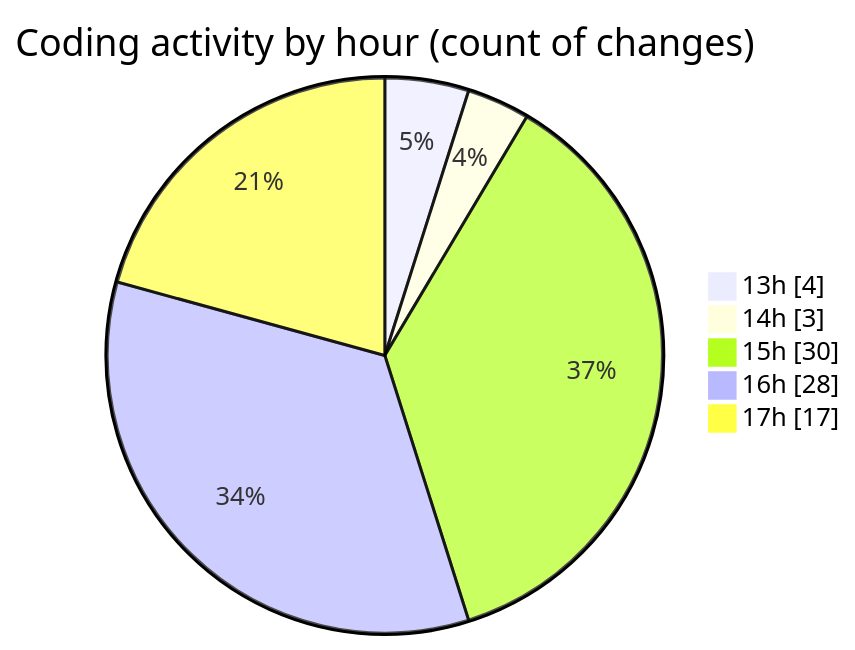
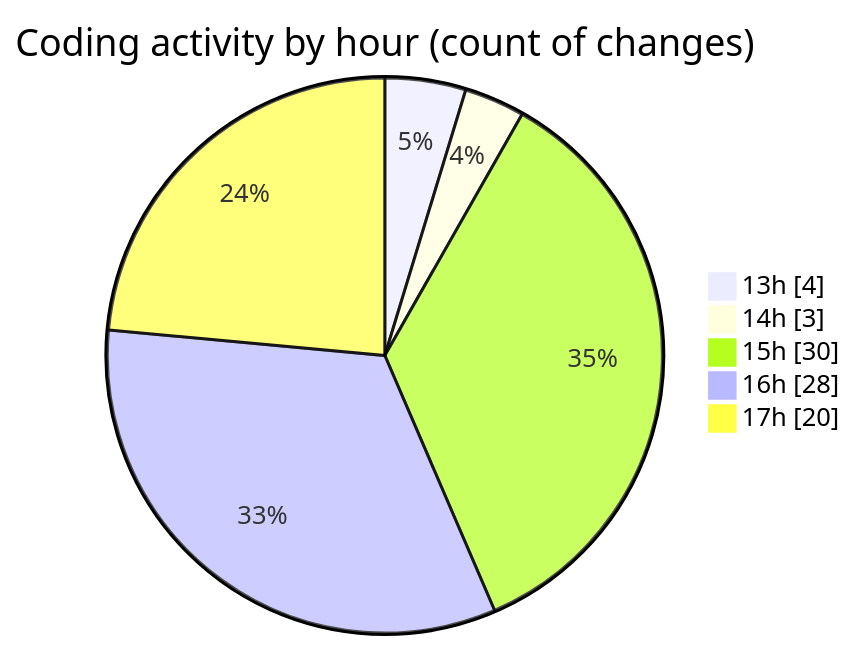
One commit to EIIisD/code-tracking changed the second of 2 diagrams in 2025-08-11/ribbon/README.md. Above: the diagram before and after it, drawn with Mermaid. The commit also changed other lines of this file and 1 other file, not shown here.

````diff
--- a/2025-08-11/ribbon/README.md
+++ b/2025-08-11/ribbon/README.md
@@ -50,9 +51,9 @@
 ```mermaid
 pie showData
 title Coding activity by hour (count of changes)
 "13h" : 4
 "14h" : 3
 "15h" : 30
 "16h" : 28
-"17h" : 17
+"17h" : 20
 ```
````
